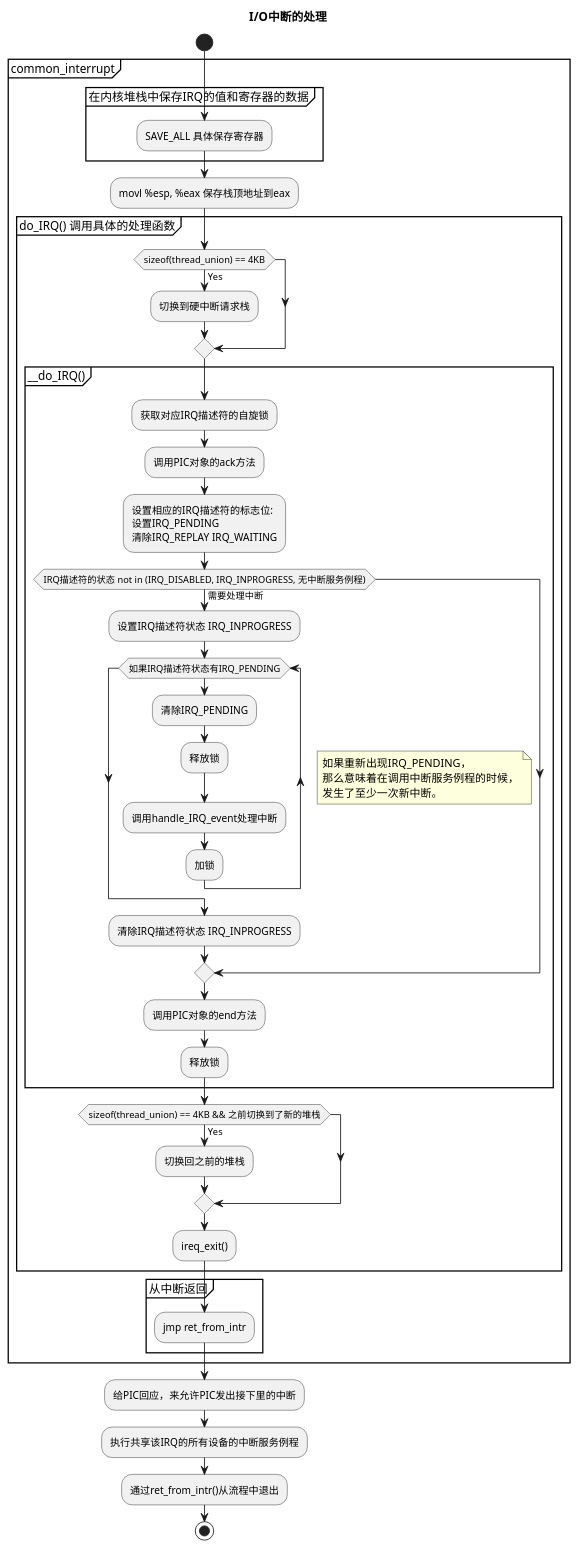
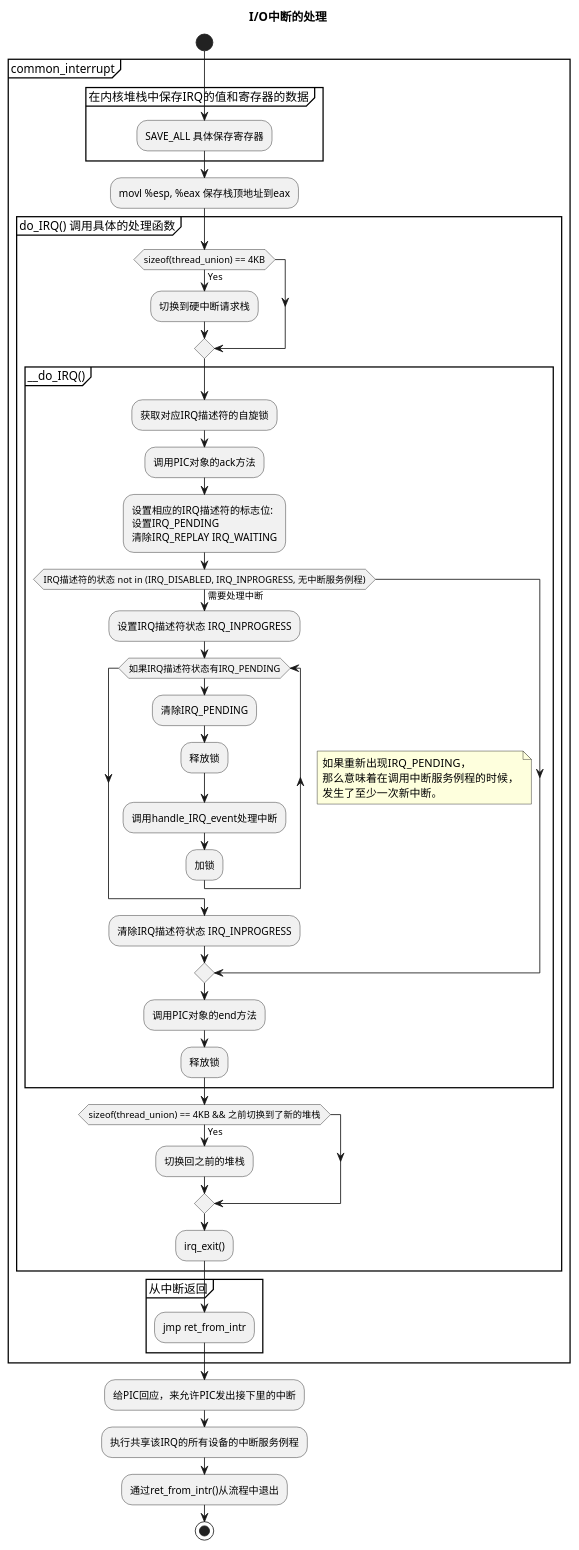
Before and after one commit to er1c-zh/blog: the third of 4 diagrams in site/content/post/linux/interrupt-and-exception.md, drawn with PlantUML. The commit also changed other lines of this file, not shown here.

````diff
--- a/site/content/post/linux/interrupt-and-exception.md
+++ b/site/content/post/linux/interrupt-and-exception.md
@@ -116,51 +117,51 @@
 ```plantuml
 @startuml
 title I/O中断的处理
 
 start
 partition common_interrupt {
     partition 在内核堆栈中保存IRQ的值和寄存器的数据 {
         :SAVE_ALL 具体保存寄存器;
     }
     :movl %esp, %eax 保存栈顶地址到eax;
     partition "do_IRQ() 调用具体的处理函数" {
         if (sizeof(thread_union) == 4KB) then (Yes)
             :切换到硬中断请求栈;
         endif
         partition "__do_IRQ()" {
             :获取对应IRQ描述符的自旋锁;
             :调用PIC对象的ack方法;
             :设置相应的IRQ描述符的标志位:\n设置IRQ_PENDING\n清除IRQ_REPLAY IRQ_WAITING;
             if (IRQ描述符的状态 not in (IRQ_DISABLED, IRQ_INPROGRESS, 无中断服务例程)) then (需要处理中断)
                 :设置IRQ描述符状态 IRQ_INPROGRESS;
                 while (如果IRQ描述符状态有IRQ_PENDING) 
                     note right
                         如果重新出现IRQ_PENDING，
                         那么意味着在调用中断服务例程的时候，
                         发生了至少一次新中断。
                     end note
                     :清除IRQ_PENDING;
                     :释放锁;
                     :调用handle_IRQ_event处理中断;
                     :加锁;
                 endwhile
                 :清除IRQ描述符状态 IRQ_INPROGRESS;
             endif
             :调用PIC对象的end方法;
             :释放锁;
         }
         if (sizeof(thread_union) == 4KB && 之前切换到了新的堆栈) then (Yes)
             :切换回之前的堆栈;
         endif
-        :ireq_exit();
+        :irq_exit();
     }
     partition 从中断返回 {
         :jmp ret_from_intr;
     }
 }
 :给PIC回应，来允许PIC发出接下里的中断;
 :执行共享该IRQ的所有设备的中断服务例程;
 :通过ret_from_intr()从流程中退出;
 stop
 @enduml
 ```
````
